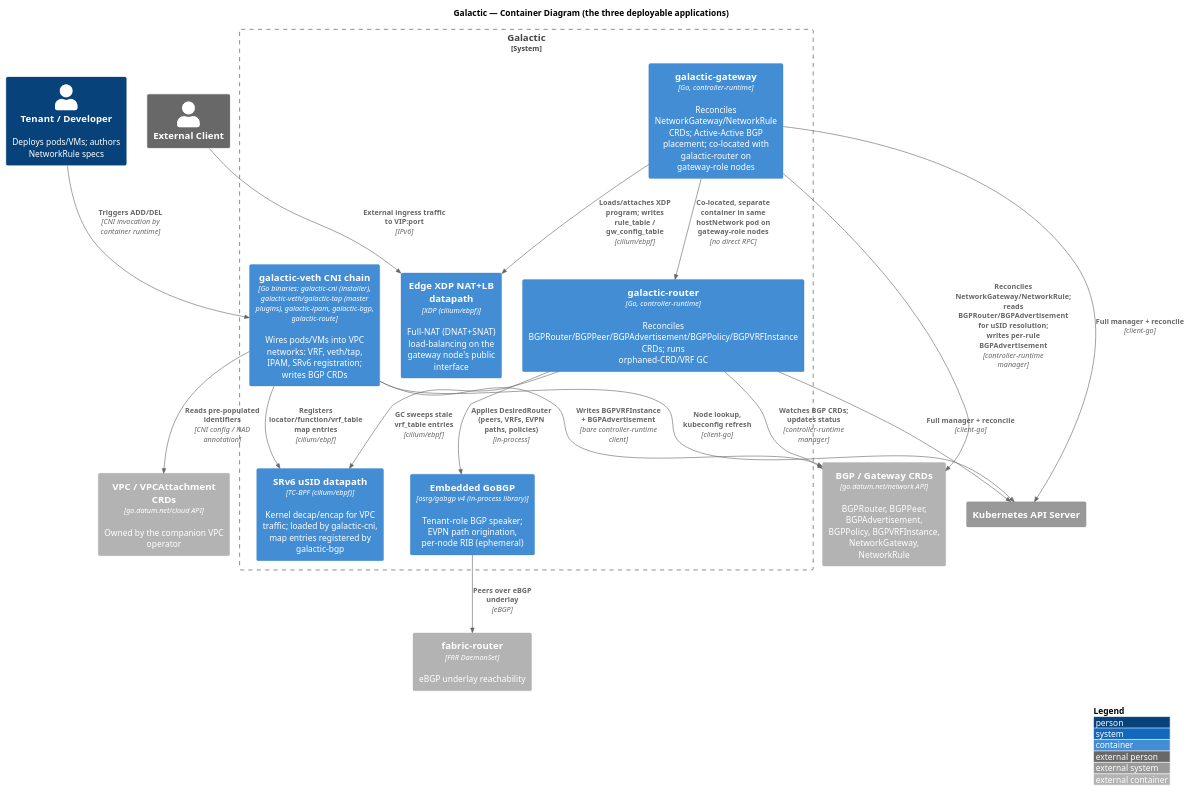
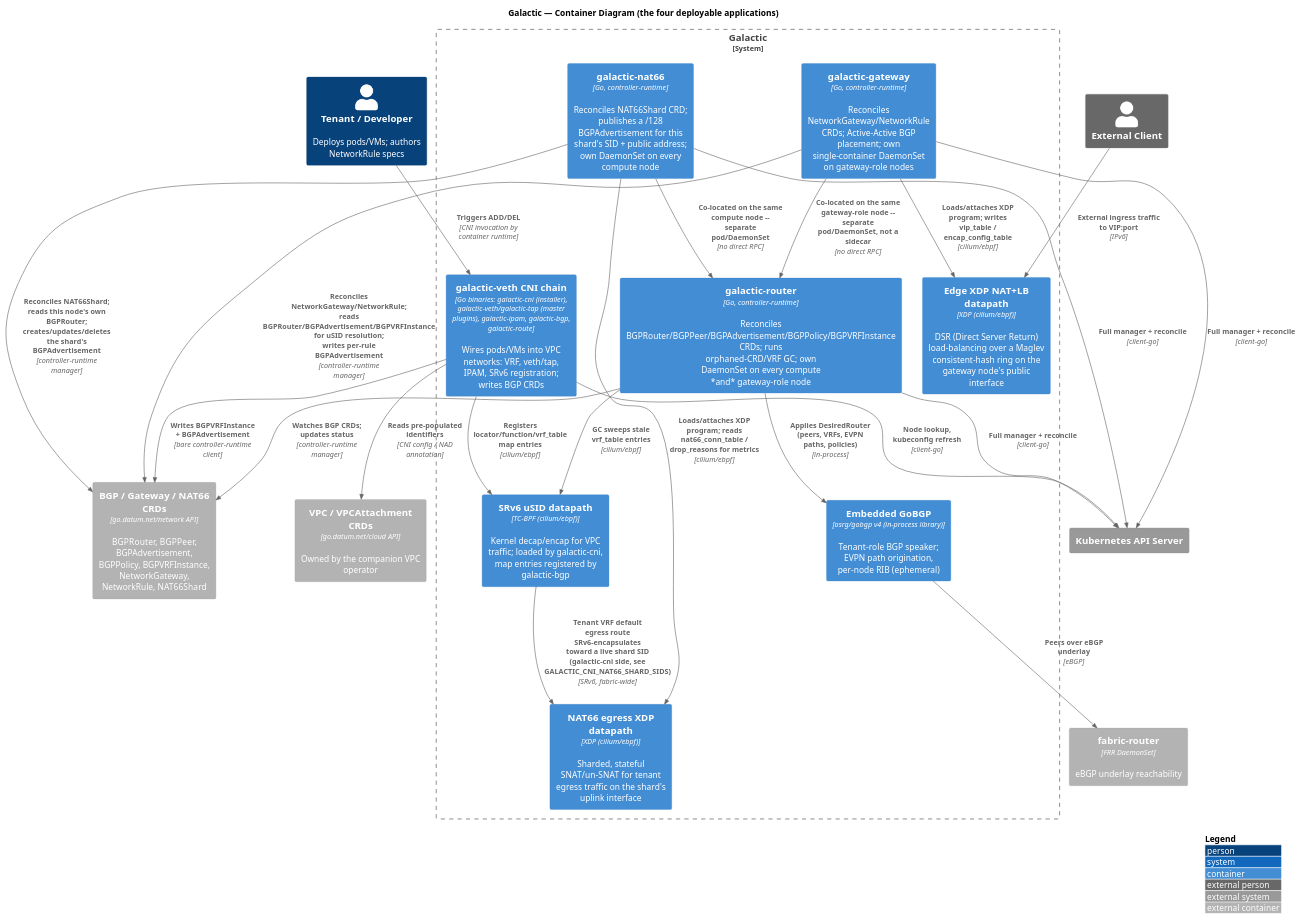
One commit to datum-cloud/galactic changed the diagram in docs/architecture/containers.puml. Above: the diagram before and after it, drawn with PlantUML. The commit also changed 37 other files, not shown here.

First line of the commit message:
docs: Bring architecture docs and conventions up to date

```diff
--- a/docs/architecture/containers.puml
+++ b/docs/architecture/containers.puml
@@ -1,49 +1,59 @@
 @startuml containers
 !include https://raw.githubusercontent.com/plantuml-stdlib/C4-PlantUML/master/C4_Container.puml
 
 LAYOUT_WITH_LEGEND()
 
-title Galactic — Container Diagram (the three deployable applications)
+title Galactic — Container Diagram (the four deployable applications)
 
 Person(tenant, "Tenant / Developer", "Deploys pods/VMs; authors NetworkRule specs")
 Person_Ext(client, "External Client")
 
 System_Boundary(galactic, "Galactic") {
     Container(cnichain, "galactic-veth CNI chain", "Go binaries: galactic-cni (installer), galactic-veth/galactic-tap (master plugins), galactic-ipam, galactic-bgp, galactic-route", "Wires pods/VMs into VPC networks: VRF, veth/tap, IPAM, SRv6 registration; writes BGP CRDs")
     Container(usidbpf, "SRv6 uSID datapath", "TC-BPF (cilium/ebpf)", "Kernel decap/encap for VPC traffic; loaded by galactic-cni, map entries registered by galactic-bgp")
 
-    Container(router, "galactic-router", "Go, controller-runtime", "Reconciles BGPRouter/BGPPeer/BGPAdvertisement/BGPPolicy/BGPVRFInstance CRDs; runs orphaned-CRD/VRF GC")
+    Container(router, "galactic-router", "Go, controller-runtime", "Reconciles BGPRouter/BGPPeer/BGPAdvertisement/BGPPolicy/BGPVRFInstance CRDs; runs orphaned-CRD/VRF GC; own DaemonSet on every compute *and* gateway-role node")
     Container(gobgp, "Embedded GoBGP", "osrg/gobgp v4 (in-process library)", "Tenant-role BGP speaker; EVPN path origination, per-node RIB (ephemeral)")
 
-    Container(gateway, "galactic-gateway", "Go, controller-runtime", "Reconciles NetworkGateway/NetworkRule CRDs; Active-Active BGP placement; co-located with galactic-router on gateway-role nodes")
-    Container(edgebpf, "Edge XDP NAT+LB datapath", "XDP (cilium/ebpf)", "Full-NAT (DNAT+SNAT) load-balancing on the gateway node's public interface")
+    Container(gateway, "galactic-gateway", "Go, controller-runtime", "Reconciles NetworkGateway/NetworkRule CRDs; Active-Active BGP placement; own single-container DaemonSet on gateway-role nodes")
+    Container(edgebpf, "Edge XDP NAT+LB datapath", "XDP (cilium/ebpf)", "DSR (Direct Server Return) load-balancing over a Maglev consistent-hash ring on the gateway node's public interface")
+
+    Container(nat66, "galactic-nat66", "Go, controller-runtime", "Reconciles NAT66Shard CRD; publishes a /128 BGPAdvertisement for this shard's SID + public address; own DaemonSet on every compute node")
+    Container(nat66bpf, "NAT66 egress XDP datapath", "XDP (cilium/ebpf)", "Sharded, stateful SNAT/un-SNAT for tenant egress traffic on the shard's uplink interface")
 }
 
-Container_Ext(crds, "BGP / Gateway CRDs", "go.datum.net/network API", "BGPRouter, BGPPeer, BGPAdvertisement, BGPPolicy, BGPVRFInstance, NetworkGateway, NetworkRule")
+Container_Ext(crds, "BGP / Gateway / NAT66 CRDs", "go.datum.net/network API", "BGPRouter, BGPPeer, BGPAdvertisement, BGPPolicy, BGPVRFInstance, NetworkGateway, NetworkRule, NAT66Shard")
 Container_Ext(vpccrds, "VPC / VPCAttachment CRDs", "go.datum.net/cloud API", "Owned by the companion VPC operator")
 Container_Ext(fabric, "fabric-router", "FRR DaemonSet", "eBGP underlay reachability")
 System_Ext(k8sapi, "Kubernetes API Server")
 
 ' CNI chain internals
 Rel(tenant, cnichain, "Triggers ADD/DEL", "CNI invocation by container runtime")
 Rel(cnichain, vpccrds, "Reads pre-populated identifiers", "CNI config / NAD annotation")
 Rel(cnichain, crds, "Writes BGPVRFInstance + BGPAdvertisement", "bare controller-runtime client")
 Rel(cnichain, usidbpf, "Registers locator/function/vrf_table map entries", "cilium/ebpf")
 
 ' Router internals
 Rel(router, crds, "Watches BGP CRDs; updates status", "controller-runtime manager")
 Rel(router, gobgp, "Applies DesiredRouter (peers, VRFs, EVPN paths, policies)", "in-process")
 Rel(router, usidbpf, "GC sweeps stale vrf_table entries", "cilium/ebpf")
 Rel(gobgp, fabric, "Peers over eBGP underlay", "eBGP")
 
 ' Gateway internals
-Rel(gateway, crds, "Reconciles NetworkGateway/NetworkRule; reads BGPRouter/BGPAdvertisement for uSID resolution; writes per-rule BGPAdvertisement", "controller-runtime manager")
-Rel(gateway, edgebpf, "Loads/attaches XDP program; writes rule_table / gw_config_table", "cilium/ebpf")
+Rel(gateway, crds, "Reconciles NetworkGateway/NetworkRule; reads BGPRouter/BGPAdvertisement/BGPVRFInstance for uSID resolution; writes per-rule BGPAdvertisement", "controller-runtime manager")
+Rel(gateway, edgebpf, "Loads/attaches XDP program; writes vip_table / encap_config_table", "cilium/ebpf")
 Rel(client, edgebpf, "External ingress traffic to VIP:port", "IPv6")
-Rel(gateway, router, "Co-located, separate container in same hostNetwork pod on gateway-role nodes", "no direct RPC")
+Rel(gateway, router, "Co-located on the same gateway-role node -- separate pod/DaemonSet, not a sidecar", "no direct RPC")
+
+' NAT66 internals
+Rel(nat66, crds, "Reconciles NAT66Shard; reads this node's own BGPRouter; creates/updates/deletes the shard's BGPAdvertisement", "controller-runtime manager")
+Rel(nat66, nat66bpf, "Loads/attaches XDP program; reads nat66_conn_table / drop_reasons for metrics", "cilium/ebpf")
+Rel(usidbpf, nat66bpf, "Tenant VRF default egress route SRv6-encapsulates toward a live shard SID (galactic-cni side, see GALACTIC_CNI_NAT66_SHARD_SIDS)", "SRv6, fabric-wide")
+Rel(nat66, router, "Co-located on the same compute node -- separate pod/DaemonSet", "no direct RPC")
 
 Rel(cnichain, k8sapi, "Node lookup, kubeconfig refresh", "client-go")
 Rel(router, k8sapi, "Full manager + reconcile", "client-go")
 Rel(gateway, k8sapi, "Full manager + reconcile", "client-go")
+Rel(nat66, k8sapi, "Full manager + reconcile", "client-go")
 
 @enduml
```
